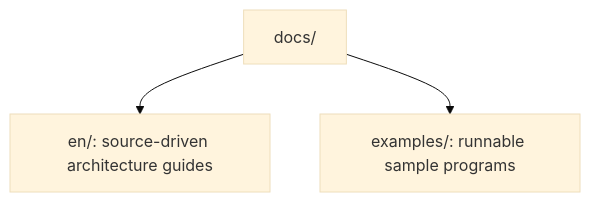
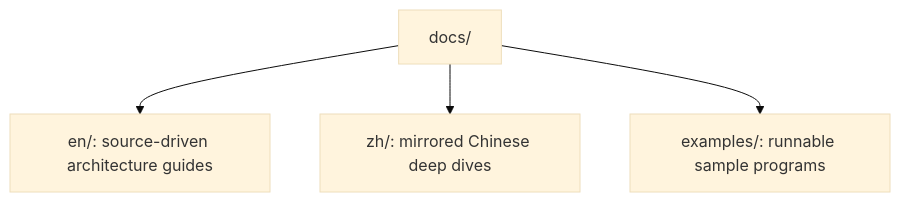
One commit to NVIDIA/nccl changed the diagram in docs/README.md. Above: the diagram before and after it, drawn with Mermaid (base theme). The commit also changed other lines of this file, not shown here.

````diff
--- a/docs/README.md
+++ b/docs/README.md
@@ -19,5 +19,6 @@
 ```mermaid
 flowchart TD
     Docs[docs/] --> EN[en/: source-driven architecture guides]
+    Docs --> ZH[zh/: mirrored Chinese deep dives]
     Docs --> EX[examples/: runnable sample programs]
 ```
````
